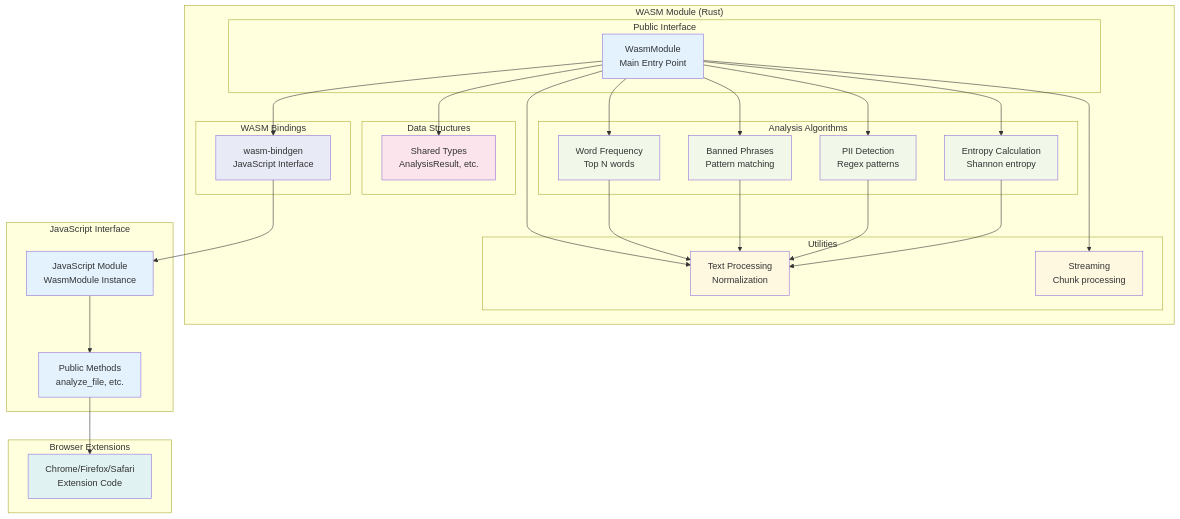
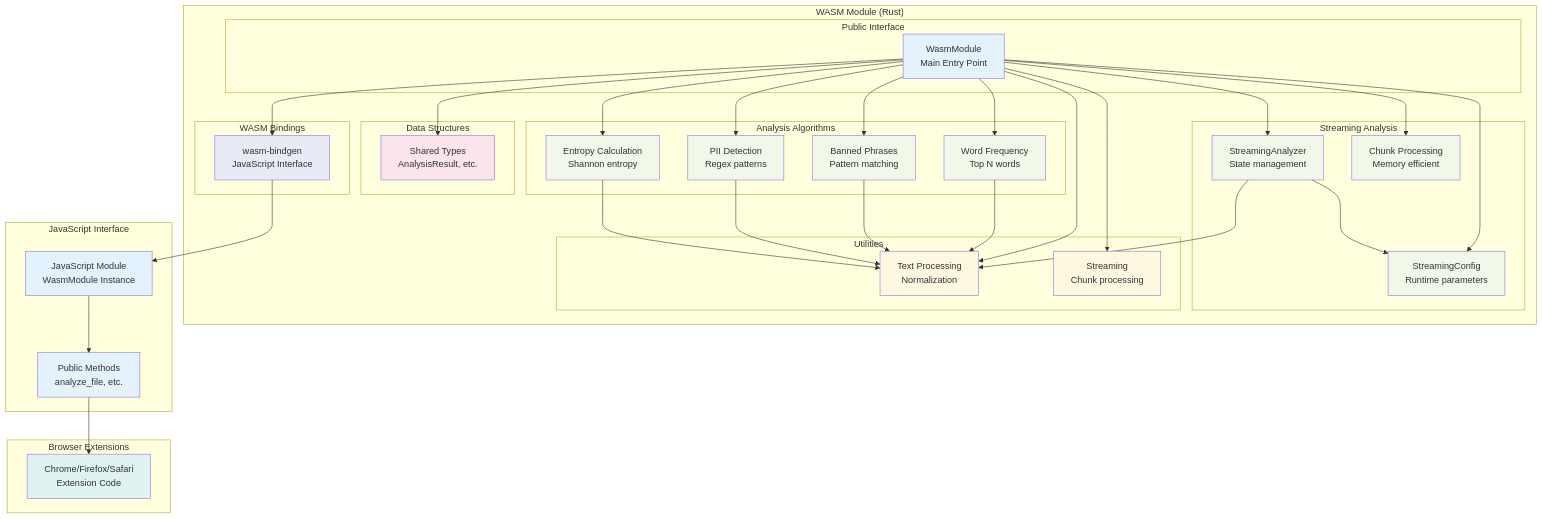
The diagram in diagrams/wasm-module-architecture.md (GiorgioNatili/web-extension-experiment), drawn with Mermaid before and after one commit. The commit also changed other lines of this file and 5 other files, not shown here.

Commit message:
doc(readme, status): update decision logs and diagrams

```diff
--- a/diagrams/wasm-module-architecture.md
+++ b/diagrams/wasm-module-architecture.md
@@ -14,6 +14,12 @@
             Phrases[Banned Phrases<br/>Pattern matching]
             PII[PII Detection<br/>Regex patterns]
             Entropy[Entropy Calculation<br/>Shannon entropy]
+        end
+
+        subgraph "Streaming Analysis"
+            Streaming[StreamingAnalyzer<br/>State management]
+            Config[StreamingConfig<br/>Runtime parameters]
+            ChunkProcess[Chunk Processing<br/>Memory efficient]
         end
 
         subgraph "Utilities"
@@ -44,6 +50,9 @@
     WasmModule --> Phrases
     WasmModule --> PII
     WasmModule --> Entropy
+    WasmModule --> Streaming
+    WasmModule --> Config
+    WasmModule --> ChunkProcess
     WasmModule --> TextUtils
     WasmModule --> StreamUtils
     WasmModule --> Types
@@ -53,6 +62,8 @@
     Phrases --> TextUtils
     PII --> TextUtils
     Entropy --> TextUtils
+    Streaming --> TextUtils
+    Streaming --> Config
 
     %% WASM bindings
     WasmModule --> Bindings
@@ -70,7 +81,7 @@
     classDef external fill:#e0f2f1
 
     class WasmModule,JSModule,Methods interface
-    class Frequency,Phrases,PII,Entropy algorithm
+    class Frequency,Phrases,PII,Entropy,Streaming,Config,ChunkProcess algorithm
     class TextUtils,StreamUtils utility
     class Types data
     class Bindings binding
```
